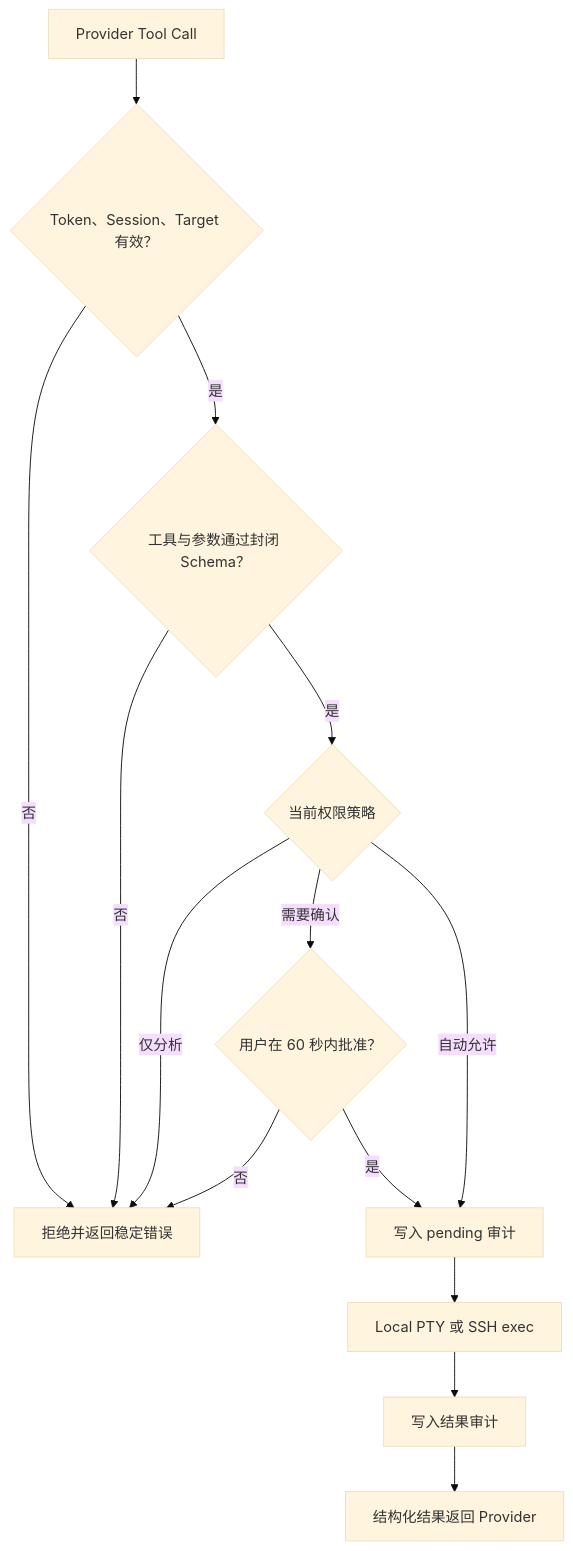
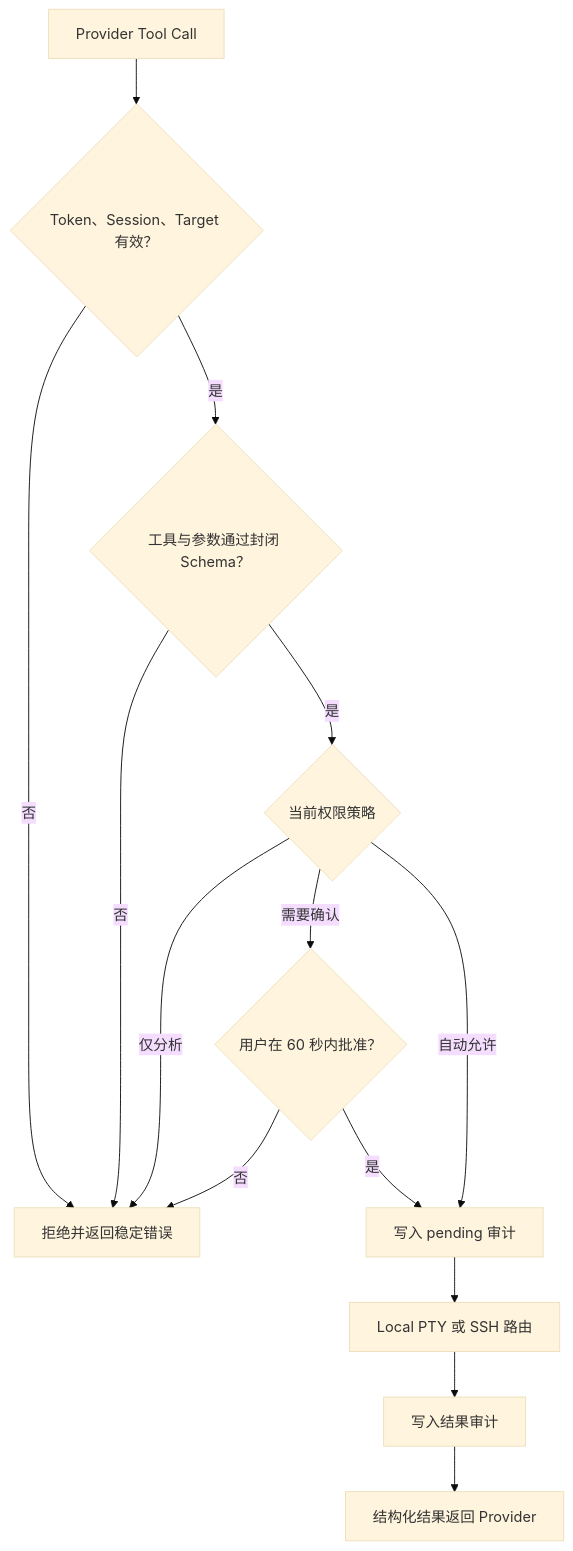
The fourth of 4 diagrams in docs/technical-architecture.md (slightlee/nocterm), drawn with Mermaid (base theme) before and after one commit. The commit also changed other lines of this file and 72 other files, not shown here.

````diff
--- a/docs/technical-architecture.md
+++ b/docs/technical-architecture.md
@@ -301,16 +301,16 @@
 ```mermaid
 flowchart TD
     CALL["Provider Tool Call"] --> TOKEN{"Token、Session、Target 有效？"}
     TOKEN -- 否 --> DENY["拒绝并返回稳定错误"]
     TOKEN -- 是 --> SCHEMA{"工具与参数通过封闭 Schema？"}
     SCHEMA -- 否 --> DENY
     SCHEMA -- 是 --> PERMISSION{"当前权限策略"}
     PERMISSION -- 仅分析 --> DENY
     PERMISSION -- 需要确认 --> APPROVAL{"用户在 60 秒内批准？"}
     APPROVAL -- 否 --> DENY
     APPROVAL -- 是 --> PENDING["写入 pending 审计"]
     PERMISSION -- 自动允许 --> PENDING
-    PENDING --> EXECUTE["Local PTY 或 SSH exec"]
+    PENDING --> EXECUTE["Local PTY 或 SSH 路由"]
     EXECUTE --> RESULT["写入结果审计"]
     RESULT --> RESPONSE["结构化结果返回 Provider"]
 ```
````
